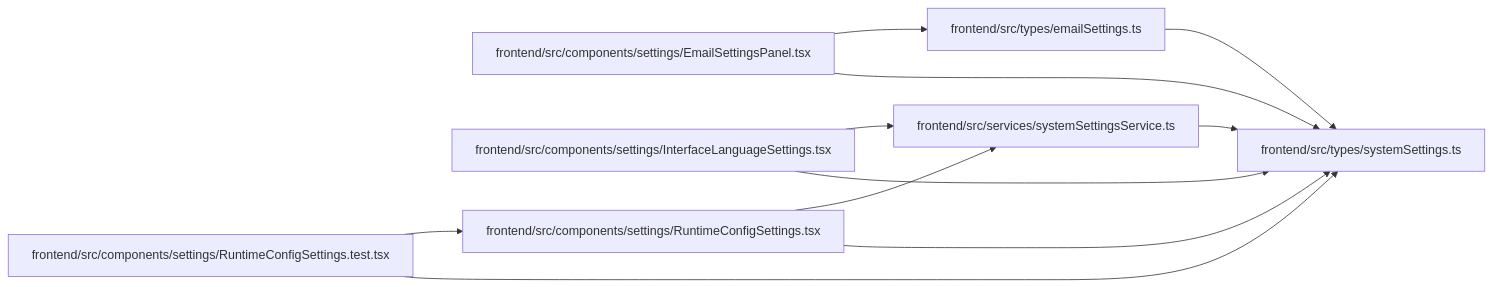
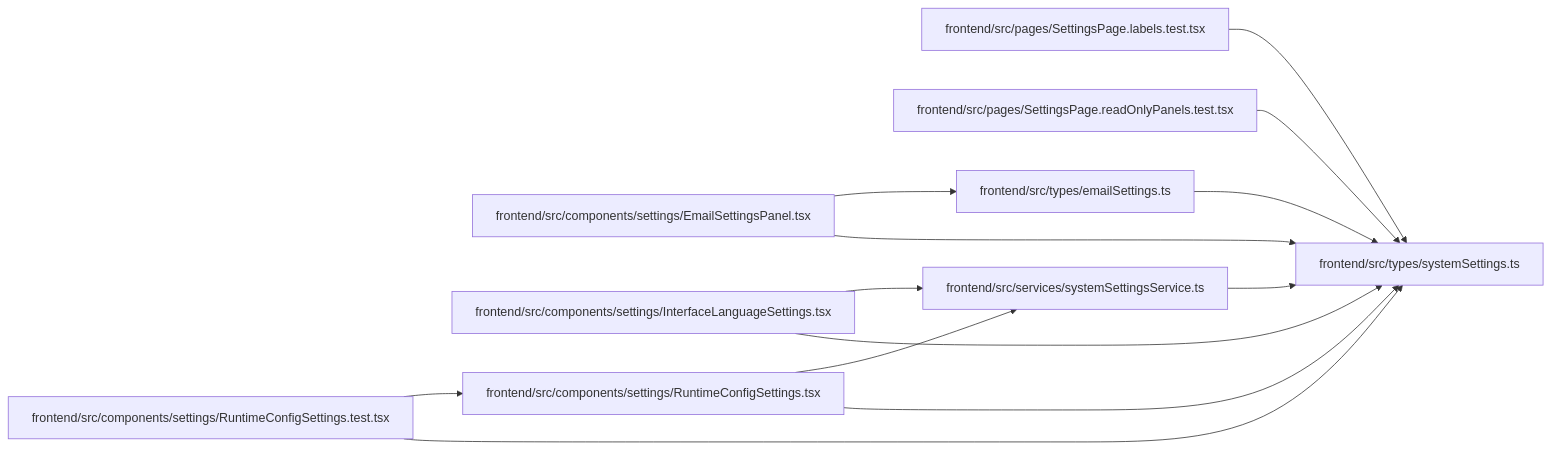
Before and after one commit to Denissvgn/WorkChord: the diagram in docs/llm_wiki/modules/systemSettings.md, drawn with Mermaid. The commit also changed other lines of this file and 2373 other files, not shown here.

````diff
--- a/docs/llm_wiki/modules/systemSettings.md
+++ b/docs/llm_wiki/modules/systemSettings.md
@@ -20,27 +20,33 @@
 ```mermaid
 flowchart LR
     n0["frontend/src/components/settings/EmailSettingsPanel.tsx"]
     n1["frontend/src/components/settings/InterfaceLanguageSettings.tsx"]
     n2["frontend/src/components/settings/RuntimeConfigSettings.test.tsx"]
     n3["frontend/src/components/settings/RuntimeConfigSettings.tsx"]
-    n4["frontend/src/services/systemSettingsService.ts"]
-    n5["frontend/src/types/emailSettings.ts"]
-    n6["frontend/src/types/systemSettings.ts"]
-    n0 --> n5
-    n0 --> n6
-    n1 --> n4
+    n4["frontend/src/pages/SettingsPage.labels.test.tsx"]
+    n5["frontend/src/pages/SettingsPage.readOnlyPanels.test.tsx"]
+    n6["frontend/src/services/systemSettingsService.ts"]
+    n7["frontend/src/types/emailSettings.ts"]
+    n8["frontend/src/types/systemSettings.ts"]
+    n0 --> n7
+    n0 --> n8
     n1 --> n6
+    n1 --> n8
     n2 --> n3
-    n2 --> n6
-    n3 --> n4
+    n2 --> n8
     n3 --> n6
-    n4 --> n6
-    n5 --> n6
+    n3 --> n8
+    n4 --> n8
+    n5 --> n8
+    n6 --> n8
+    n7 --> n8
     click n0 "../modules/EmailSettingsPanel.md"
     click n1 "../modules/InterfaceLanguageSettings.md"
     click n2 "../modules/RuntimeConfigSettings.test.md"
     click n3 "../modules/RuntimeConfigSettings.md"
-    click n4 "../modules/systemSettingsService.md"
-    click n5 "../modules/emailSettings.md"
-    click n6 "../modules/systemSettings.md"
+    click n4 "../modules/SettingsPage.labels.test.md"
+    click n5 "../modules/SettingsPage.readOnlyPanels.test.md"
+    click n6 "../modules/systemSettingsService.md"
+    click n7 "../modules/emailSettings.md"
+    click n8 "../modules/systemSettings.md"
 ```
````
